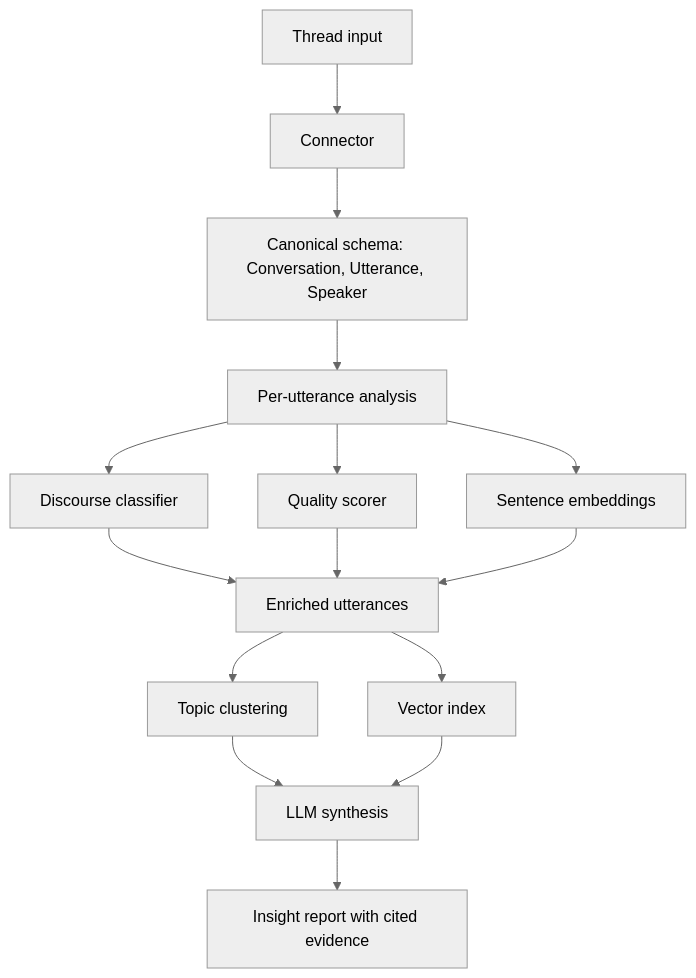
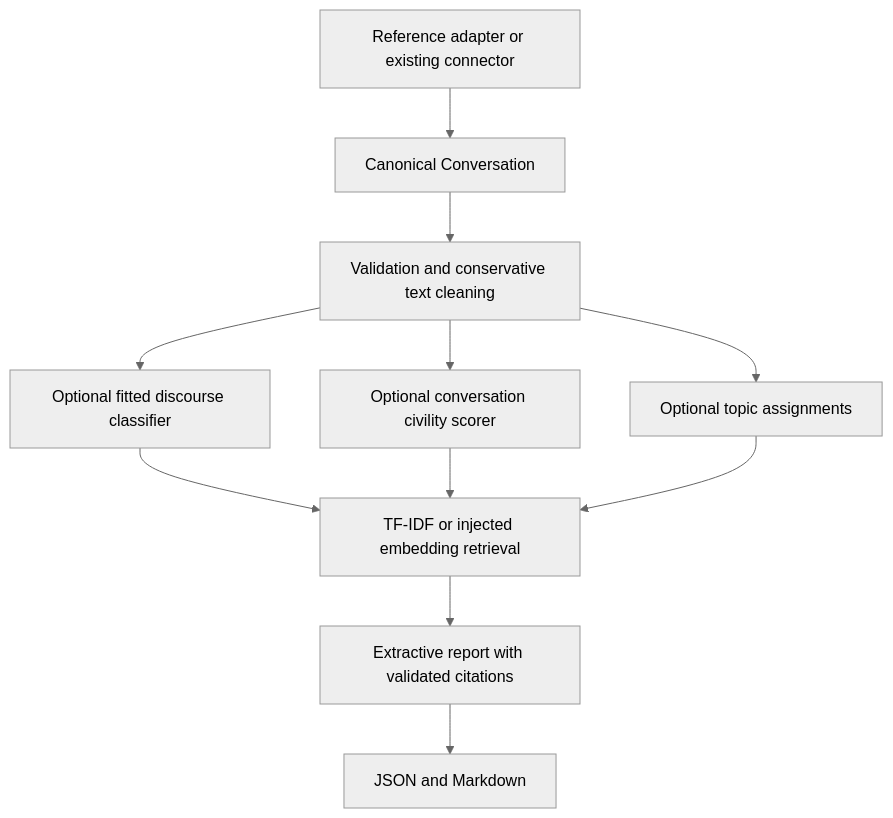
Before and after one commit to Break-Through-Tech/Market-Research-1A-discussion-intelligence-toolkit: the diagram in README.md, drawn with Mermaid (neutral theme). The commit also changed other lines of this file and 27 other files, not shown here.

Commit message:
feat(toolkit): add offline evidence retrieval and grounded report pipeline

````diff
--- a/README.md
+++ b/README.md
@@ -31,17 +63,13 @@
 ```mermaid
 flowchart TD
-    A[Thread input] --> B[Connector]
-    B --> C[Canonical schema: Conversation, Utterance, Speaker]
-    C --> D[Per-utterance analysis]
-    D --> E[Discourse classifier]
-    D --> F[Quality scorer]
-    D --> G[Sentence embeddings]
-    E --> H[Enriched utterances]
-    F --> H
-    G --> H
-    H --> I[Topic clustering]
-    H --> J[Vector index]
-    I --> K[LLM synthesis]
-    J --> K
-    K --> L[Insight report with cited evidence]
+    A[Reference adapter or existing connector] --> B[Canonical Conversation]
+    B --> C[Validation and conservative text cleaning]
+    C --> D[Optional fitted discourse classifier]
+    C --> E[Optional conversation civility scorer]
+    C --> F[Optional topic assignments]
+    D --> G[TF-IDF or injected embedding retrieval]
+    E --> G
+    F --> G
+    G --> H[Extractive report with validated citations]
+    H --> I[JSON and Markdown]
 ```
````
